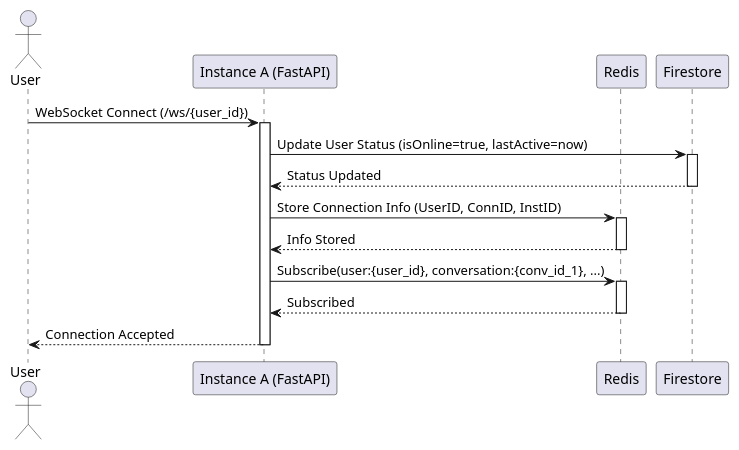
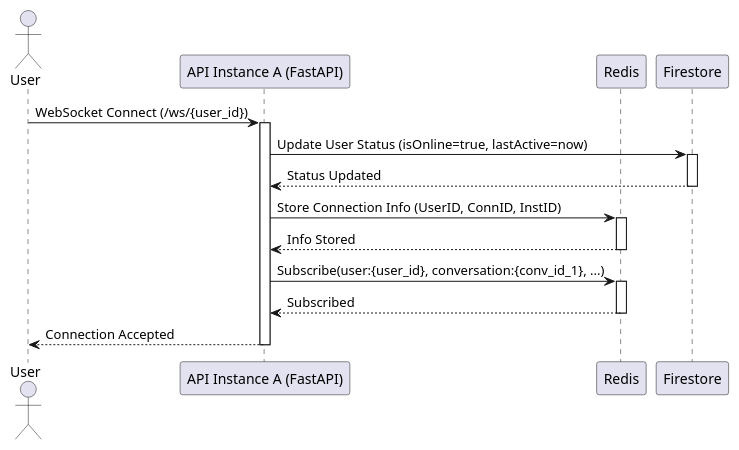
One commit to Software-Architecture-HCMUT-242/zalo-phake changed the diagram in chat_management/docs/web_socket_flow.puml. Above: the diagram before and after it, drawn with PlantUML. The commit also changed 11 other files, not shown here.

Commit message:
Refactor message handling to implement new message flow architecture; enhance offline notification processing with SQS and Redis integration

```diff
--- a/chat_management/docs/web_socket_flow.puml
+++ b/chat_management/docs/web_socket_flow.puml
@@ -1,24 +1,24 @@
 @startuml WebSocket Connection
 actor User
-participant "Instance A (FastAPI)" as InstA
+participant "API Instance A (FastAPI)" as InstA
 participant "Redis" as Redis
 participant "Firestore" as FS
 
 User -> InstA : WebSocket Connect (/ws/{user_id})
 activate InstA
 InstA -> FS : Update User Status (isOnline=true, lastActive=now)
 activate FS
 FS --> InstA : Status Updated
 deactivate FS
 InstA -> Redis : Store Connection Info (UserID, ConnID, InstID)
 activate Redis
 Redis --> InstA : Info Stored
 deactivate Redis
 InstA -> Redis : Subscribe(user:{user_id}, conversation:{conv_id_1}, ...)
 activate Redis
 Redis --> InstA : Subscribed
 deactivate Redis
 InstA --> User : Connection Accepted
 deactivate InstA
 
 @enduml
```
